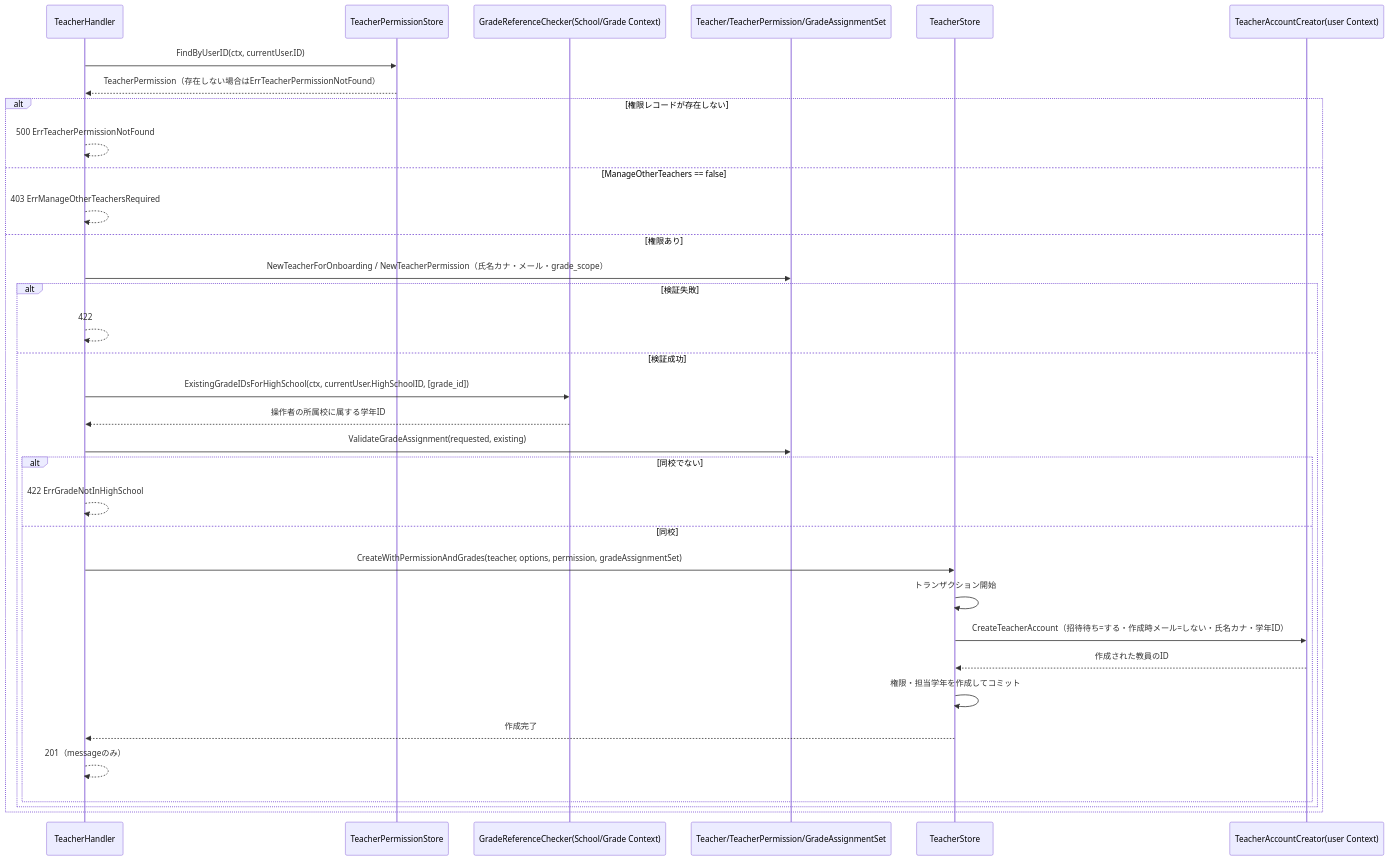
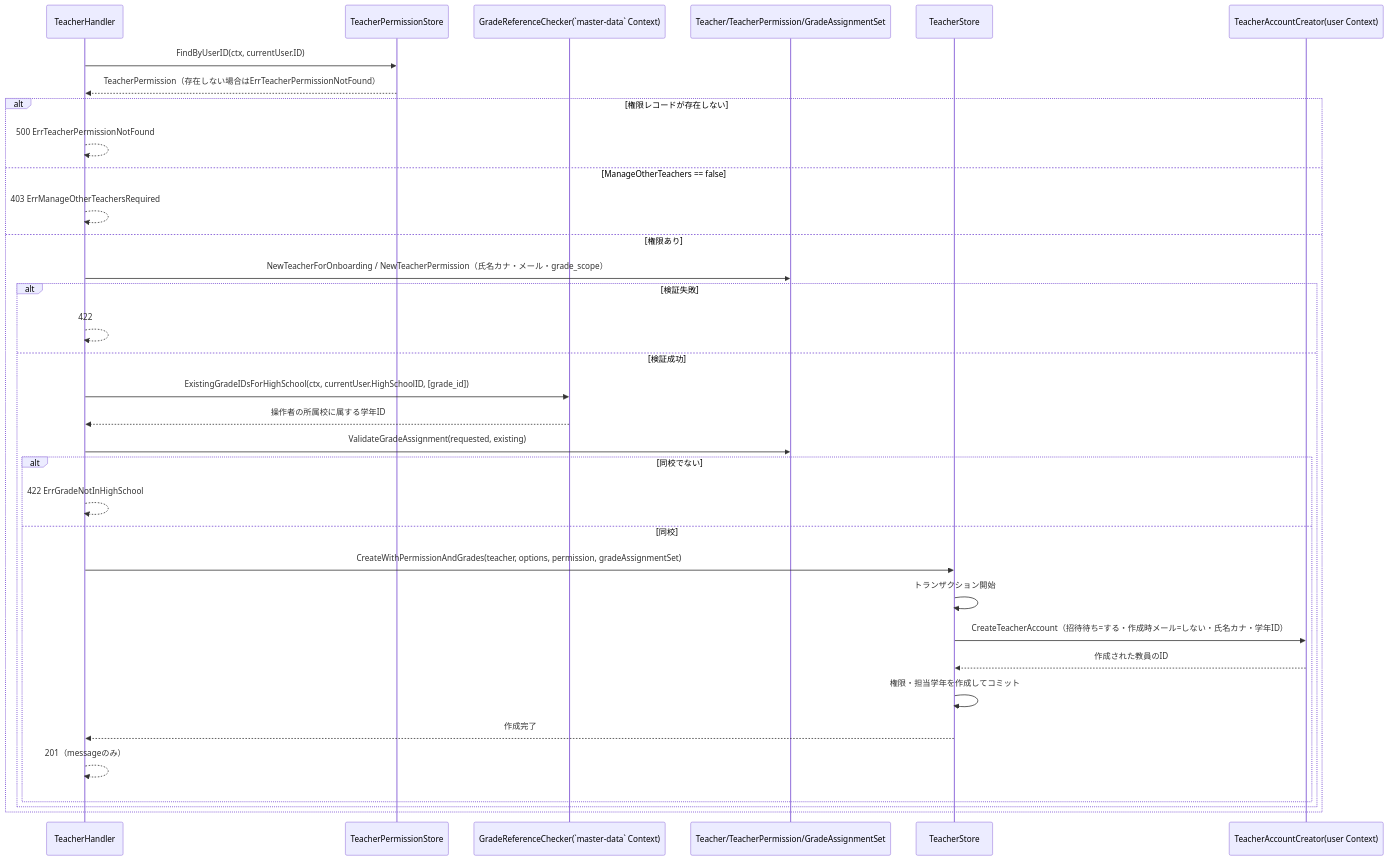
One commit to yuta20253/edu-platform-go-design changed the second of 3 diagrams in 計画書/Go実装仕様書/教師教員管理機能_Go実装仕様書.md. Above: the diagram before and after it, drawn with Mermaid. The commit also changed other lines of this file and 46 other files, not shown here.

````diff
--- a/計画書/Go実装仕様書/教師教員管理機能_Go実装仕様書.md
+++ b/計画書/Go実装仕様書/教師教員管理機能_Go実装仕様書.md
@@ -242,37 +242,37 @@
 ```mermaid
 sequenceDiagram
     participant H as TeacherHandler
     participant PS as TeacherPermissionStore
-    participant GC as GradeReferenceChecker(School/Grade Context)
+    participant GC as GradeReferenceChecker(`master-data` Context)
     participant M as Teacher/TeacherPermission/GradeAssignmentSet
     participant TS as TeacherStore
     participant UC as TeacherAccountCreator(user Context)
 
     H->>PS: FindByUserID(ctx, currentUser.ID)
     PS-->>H: TeacherPermission（存在しない場合はErrTeacherPermissionNotFound）
     alt 権限レコードが存在しない
         H-->>H: 500 ErrTeacherPermissionNotFound
     else ManageOtherTeachers == false
         H-->>H: 403 ErrManageOtherTeachersRequired
     else 権限あり
         H->>M: NewTeacherForOnboarding / NewTeacherPermission（氏名カナ・メール・grade_scope）
         alt 検証失敗
             H-->>H: 422
         else 検証成功
             H->>GC: ExistingGradeIDsForHighSchool(ctx, currentUser.HighSchoolID, [grade_id])
             GC-->>H: 操作者の所属校に属する学年ID
             H->>M: ValidateGradeAssignment(requested, existing)
             alt 同校でない
                 H-->>H: 422 ErrGradeNotInHighSchool
             else 同校
                 H->>TS: CreateWithPermissionAndGrades(teacher, options, permission, gradeAssignmentSet)
                 TS->>TS: トランザクション開始
                 TS->>UC: CreateTeacherAccount（招待待ち=する・作成時メール=しない・氏名カナ・学年ID）
                 UC-->>TS: 作成された教員のID
                 TS->>TS: 権限・担当学年を作成してコミット
                 TS-->>H: 作成完了
                 H-->>H: 201（messageのみ）
             end
         end
     end
 ```
````
